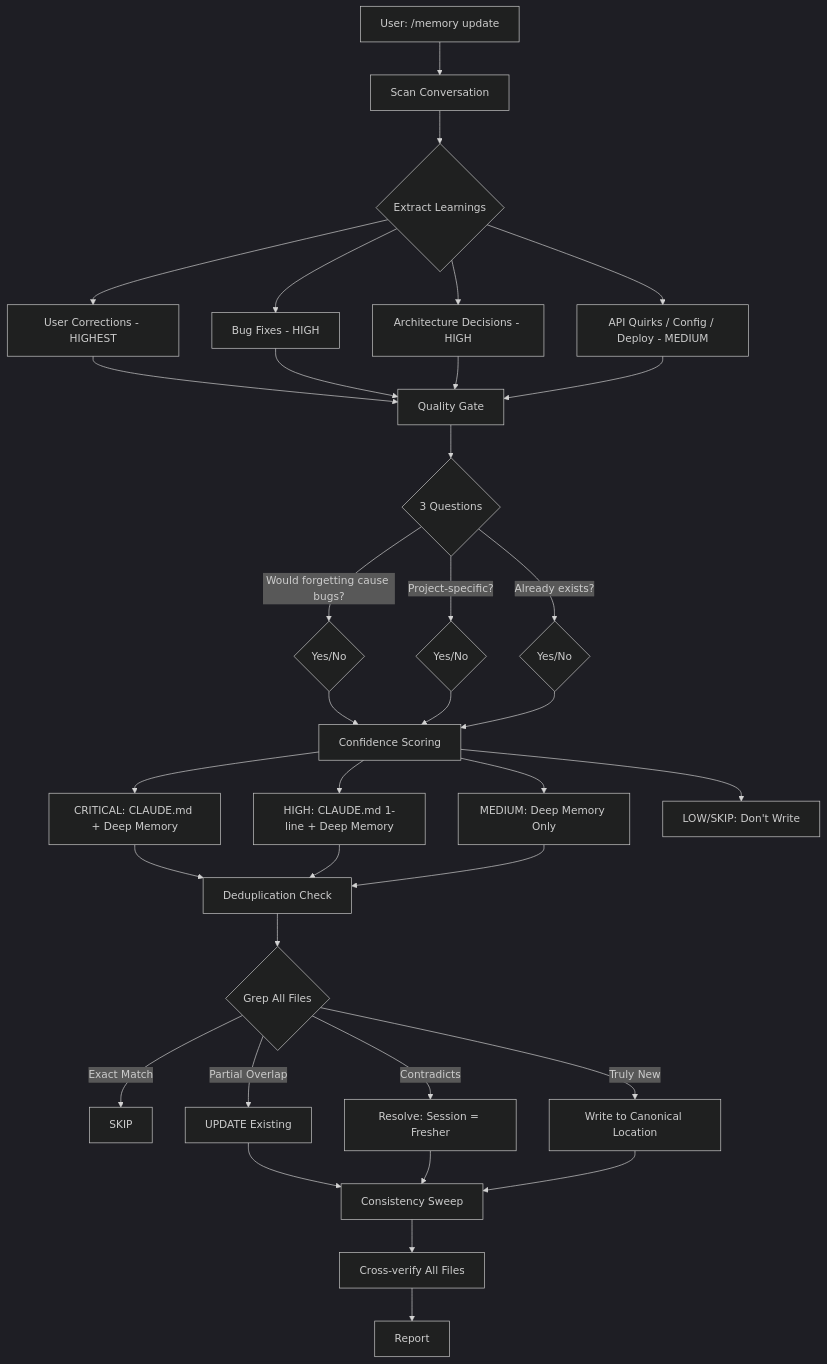
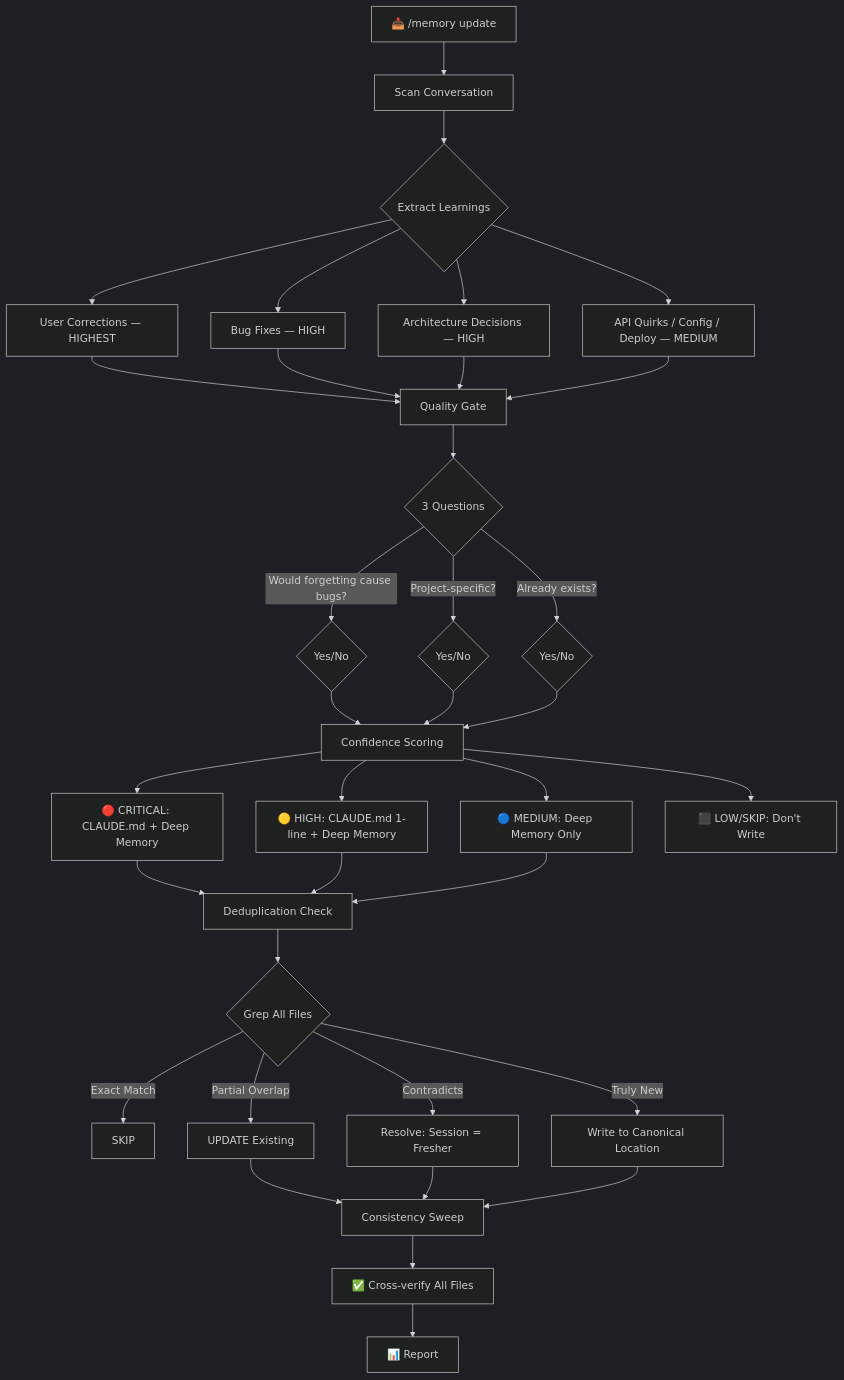
The diagram in README.md (SomeStay07/claude-memory-skill), drawn with Mermaid (dark theme) before and after one commit. The commit also changed other lines of this file and 3 other files, not shown here.

````diff
--- a/README.md
+++ b/README.md
@@ -105,32 +125,32 @@
 ```mermaid
-graph TD
-    A[User: /memory update] --> B[Scan Conversation]
+flowchart TD
+    A[📥 /memory update] --> B[Scan Conversation]
     B --> C{Extract Learnings}
-    C --> D[User Corrections - HIGHEST]
-    C --> E[Bug Fixes - HIGH]
-    C --> F[Architecture Decisions - HIGH]
-    C --> G[API Quirks / Config / Deploy - MEDIUM]
+    C --> D[User Corrections — HIGHEST]
+    C --> E[Bug Fixes — HIGH]
+    C --> F[Architecture Decisions — HIGH]
+    C --> G[API Quirks / Config / Deploy — MEDIUM]
 
     D & E & F & G --> H[Quality Gate]
     H --> I{3 Questions}
     I -->|Would forgetting cause bugs?| J{Yes/No}
     I -->|Project-specific?| K{Yes/No}
     I -->|Already exists?| L{Yes/No}
 
     J & K & L --> M[Confidence Scoring]
-    M --> N[CRITICAL: CLAUDE.md + Deep Memory]
-    M --> O[HIGH: CLAUDE.md 1-line + Deep Memory]
-    M --> P[MEDIUM: Deep Memory Only]
-    M --> Q[LOW/SKIP: Don't Write]
+    M --> N[🔴 CRITICAL: CLAUDE.md + Deep Memory]
+    M --> O[🟡 HIGH: CLAUDE.md 1-line + Deep Memory]
+    M --> P[🔵 MEDIUM: Deep Memory Only]
+    M --> Q[⬛ LOW/SKIP: Don't Write]
 
     N & O & P --> R[Deduplication Check]
     R --> S{Grep All Files}
     S -->|Exact Match| T[SKIP]
     S -->|Partial Overlap| U[UPDATE Existing]
     S -->|Contradicts| V[Resolve: Session = Fresher]
     S -->|Truly New| W[Write to Canonical Location]
 
     U & V & W --> X[Consistency Sweep]
-    X --> Y[Cross-verify All Files]
-    Y --> Z[Report]
+    X --> Y[✅ Cross-verify All Files]
+    Y --> Z[📊 Report]
 ```
````
